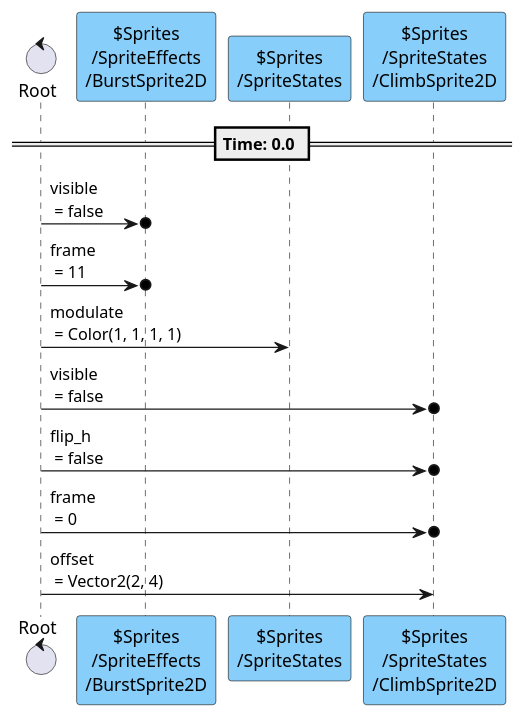
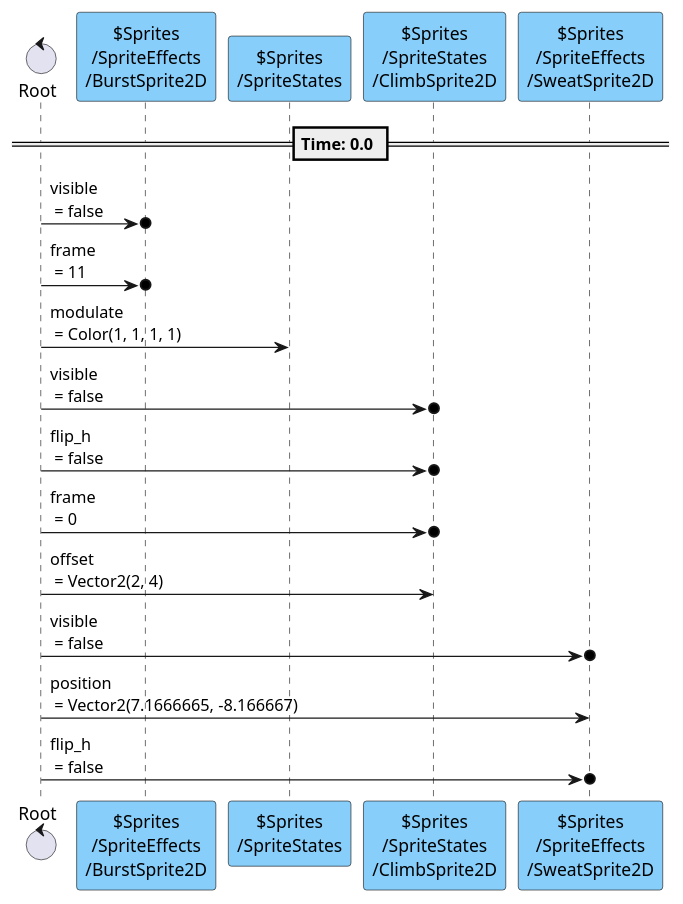
One commit to tkmfujise/Platformer-Game-Learning changed the second of 13 diagrams in content/scenes/src/player/player.tscn.adoc. Above: the diagram before and after it, drawn with PlantUML. The commit also changed other lines of this file and 224 other files, not shown here.

```diff
--- a/content/scenes/src/player/player.tscn.adoc
+++ b/content/scenes/src/player/player.tscn.adoc
@@ -315,20 +332,24 @@
 [plantuml]
 ....
 control "Root" as R
 participant "$Sprites\n/SpriteEffects\n/BurstSprite2D" as T0 #87CEFA
 participant "$Sprites\n/SpriteStates" as T2 #87CEFA
 participant "$Sprites\n/SpriteStates\n/ClimbSprite2D" as T3 #87CEFA
+participant "$Sprites\n/SpriteEffects\n/SweatSprite2D" as T7 #87CEFA
 
 
 
 == Time: 0.0 ==
 R  ->o  T0 : visible\n = false
 R  ->o  T0 : frame\n = 11
 R  ->  T2 : modulate\n = Color(1, 1, 1, 1)
 R  ->o  T3 : visible\n = false
 R  ->o  T3 : flip_h\n = false
 R  ->o  T3 : frame\n = 0
 R  ->  T3 : offset\n = Vector2(2, 4)
+R  ->o  T7 : visible\n = false
+R  ->  T7 : position\n = Vector2(7.1666665, -8.166667)
+R  ->o  T7 : flip_h\n = false
 
 
 ....
```
